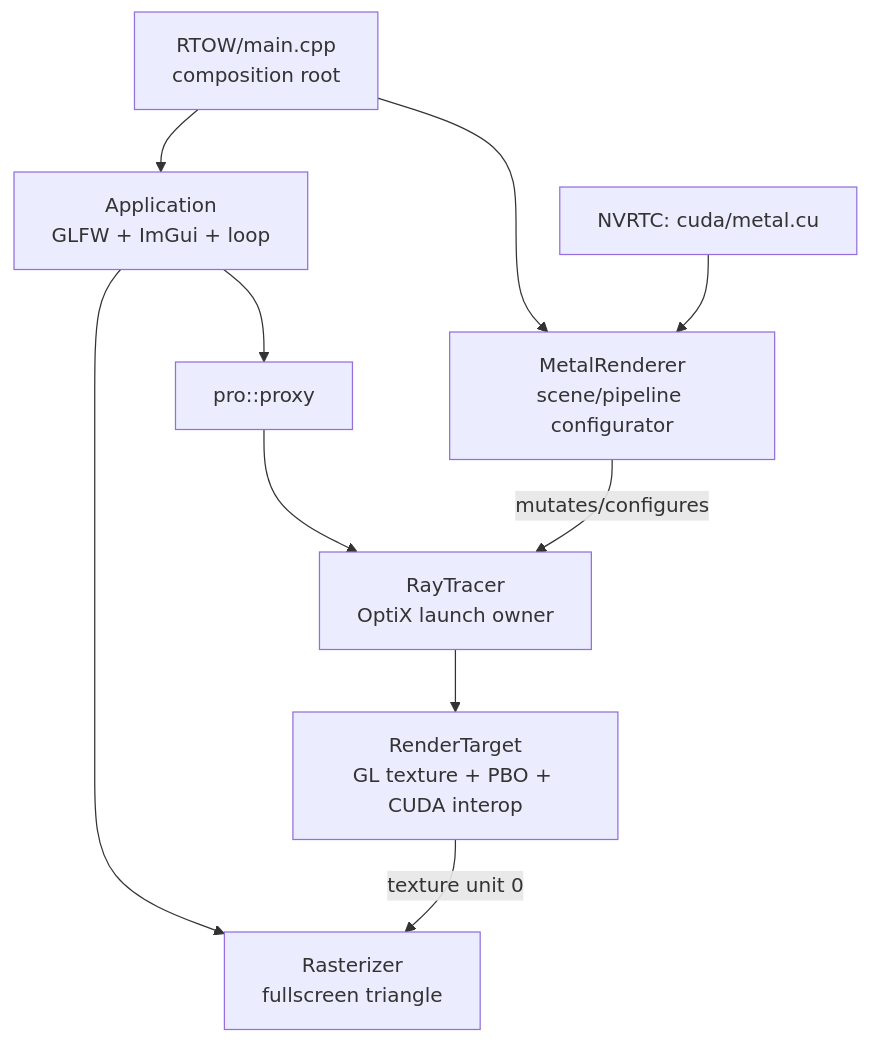
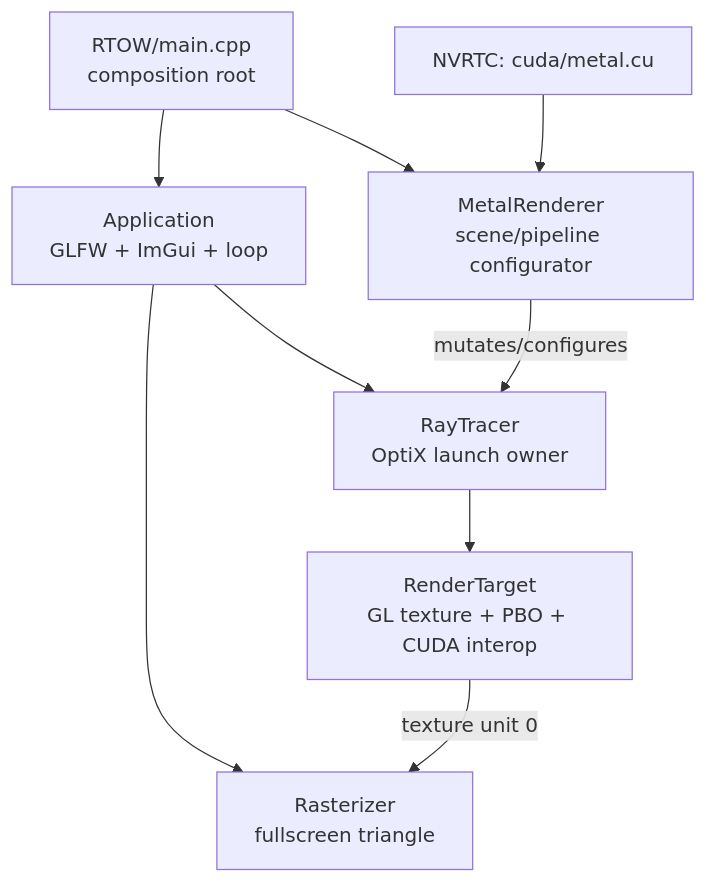
One commit to TienYoung/Venusaur changed the diagram in PROJECT_GUIDE.md. Above: the diagram before and after it, drawn with Mermaid. The commit also changed other lines of this file and 6 other files, not shown here.

````diff
--- a/PROJECT_GUIDE.md
+++ b/PROJECT_GUIDE.md
@@ -117,12 +117,11 @@
 ```mermaid
 flowchart TD
     Main["RTOW/main.cpp\ncomposition root"] --> App["Application\nGLFW + ImGui + loop"]
     Main --> MR["MetalRenderer\nscene/pipeline configurator"]
-    App --> Proxy["pro::proxy<Renderable>"]
-    Proxy --> RT["RayTracer\nOptiX launch owner"]
+    App --> RT["RayTracer\nOptiX launch owner"]
     MR -->|"mutates/configures"| RT
     RT --> Surface["RenderTarget\nGL texture + PBO + CUDA interop"]
     App --> Presenter["Rasterizer\nfullscreen triangle"]
     Surface -->|"texture unit 0"| Presenter
     Shader["NVRTC: cuda/metal.cu"] --> MR
 ```
````
